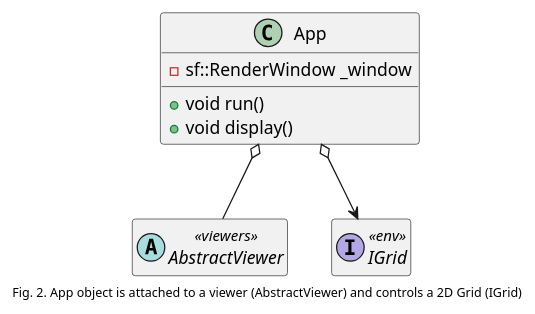
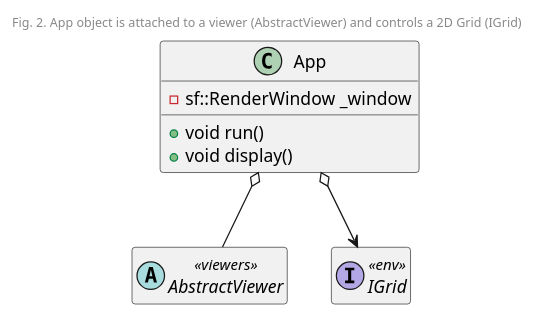
Before and after one commit to kanmeugne/kanmeugne.github.io: the second of 4 diagrams in _posts/modsim/2020-09-29-sfml-2d-grid.md, drawn with PlantUML. The commit also changed other lines of this file and 1 other file, not shown here.

Commit message:
update grid obstacle

```diff
--- a/_posts/modsim/2020-09-29-sfml-2d-grid.md
+++ b/_posts/modsim/2020-09-29-sfml-2d-grid.md
@@ -93,22 +93,22 @@
 {% plantuml %}
 @startuml
-caption: <size:10>Fig. 2. App object is attached to a viewer (AbstractViewer) and controls a 2D Grid (IGrid)</size>
+header: <size:10>Fig. 2. App object is attached to a viewer (AbstractViewer) and controls a 2D Grid (IGrid)</size>
 
 class App {
     - sf::RenderWindow _window
     + void run()
     + void display()
 }
 
 abstract class AbstractViewer <<viewers>>
 
 interface IGrid <<env>>
 
 App o--> IGrid
 App o-- AbstractViewer
 
 hide IGrid members
 hide AbstractViewer members
 
 @enduml
 {% endplantuml %}
```
